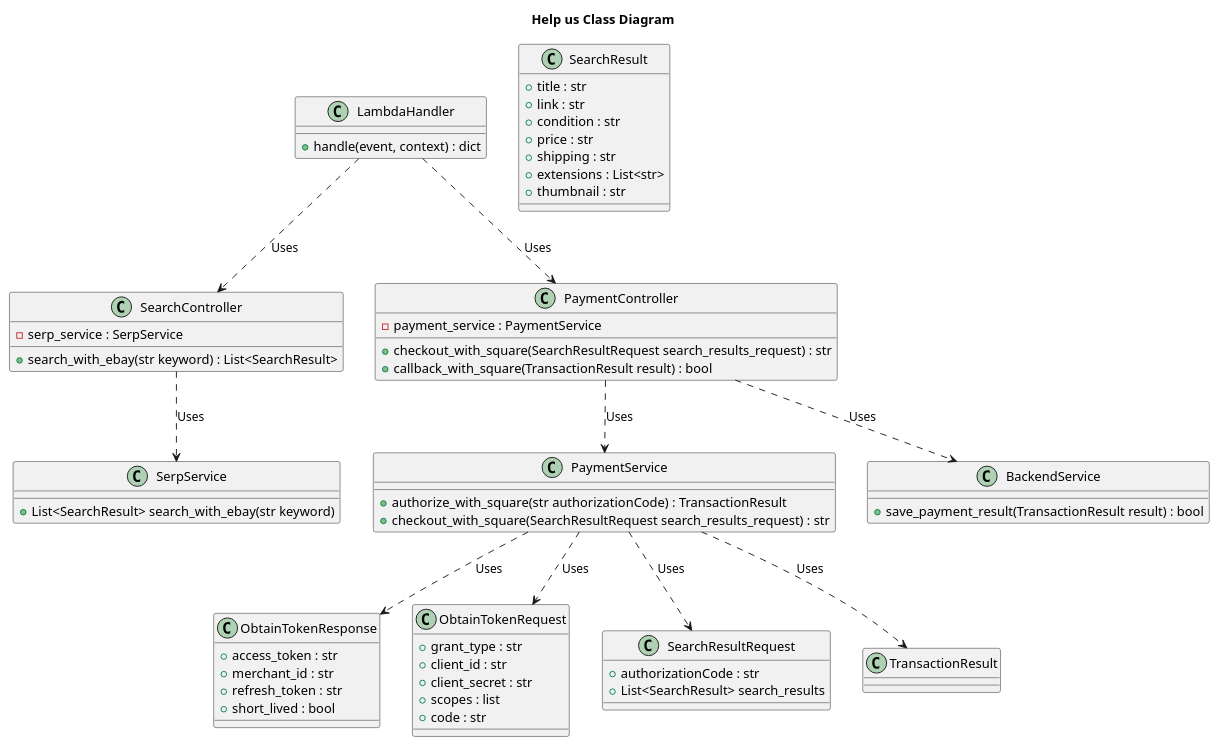
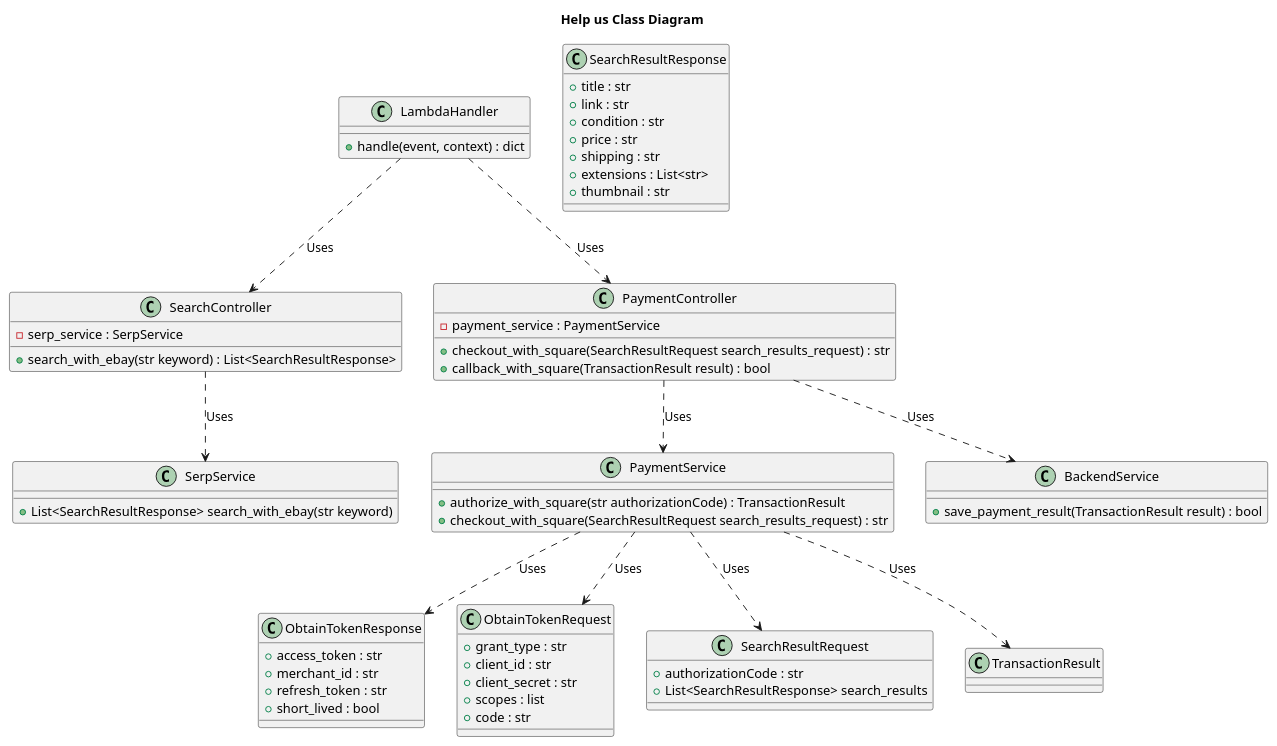
One commit to help-us-app/help-us-architecture-diagrams changed the diagram in diagrams/class_diagram_api.puml. Above: the diagram before and after it, drawn with PlantUML.

```diff
--- a/diagrams/class_diagram_api.puml
+++ b/diagrams/class_diagram_api.puml
@@ -1,84 +1,84 @@
 @startuml "Help us Class Diagram"
 title "Help us Class Diagram"
 
 class ObtainTokenResponse {
     + access_token : str
     + merchant_id : str
     + refresh_token : str
     + short_lived : bool
 }
 
 class ObtainTokenRequest {
     + grant_type : str
     + client_id : str
     + client_secret : str
     + scopes : list
     + code : str
 }
 
 class SearchResultRequest {
     + authorizationCode : str
-    + List<SearchResult> search_results
+    + List<SearchResultResponse> search_results
 }
 
 class TransactionResult
 
 class SerpService {
-    + List<SearchResult> search_with_ebay(str keyword)
+    + List<SearchResultResponse> search_with_ebay(str keyword)
 }
 
 class PaymentService {
     + authorize_with_square(str authorizationCode) : TransactionResult
     + checkout_with_square(SearchResultRequest search_results_request) : str
 }
 
 class BackendService {
     + save_payment_result(TransactionResult result) : bool
 }
 
-class SearchResult {
+class SearchResultResponse {
     + title : str
     + link : str
     + condition : str
     + price : str
     + shipping : str
     + extensions : List<str>
     + thumbnail : str
 
 }
 
 class SearchController {
     - serp_service : SerpService
-    + search_with_ebay(str keyword) : List<SearchResult>
+    + search_with_ebay(str keyword) : List<SearchResultResponse>
 }
 
 class PaymentController {
     - payment_service : PaymentService
     + checkout_with_square(SearchResultRequest search_results_request) : str
     + callback_with_square(TransactionResult result) : bool
 }
 
 class LambdaHandler {
     + handle(event, context) : dict
 }
 
 
 SearchController ..> SerpService : Uses
 
 PaymentController ..> PaymentService : Uses
 
 PaymentController ..> BackendService : Uses
 
 PaymentService ..> ObtainTokenResponse : Uses
 
 PaymentService ..> ObtainTokenRequest : Uses
 
 PaymentService ..> TransactionResult : Uses
 
 PaymentService ..> SearchResultRequest : Uses
 
 LambdaHandler ..> PaymentController : Uses
 
 LambdaHandler ..> SearchController : Uses
 
 @enduml
```
